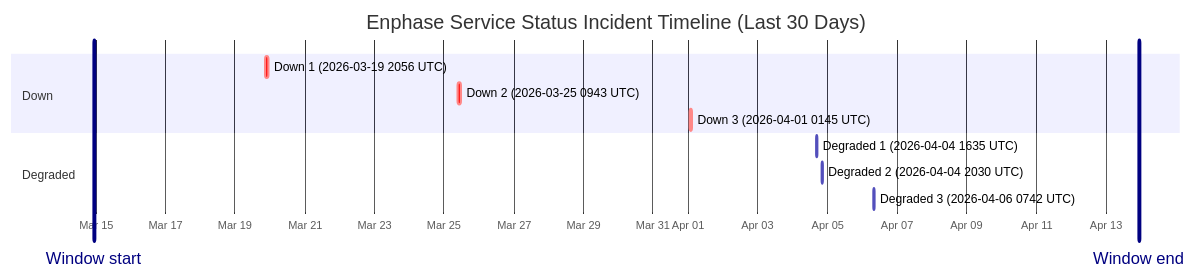
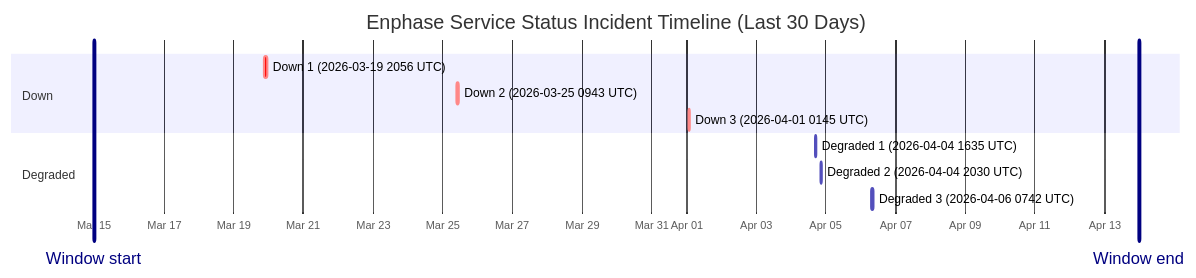
The diagram in wiki/Service-Status-History.md (barneyonline/ha-enphase-ev-charger), drawn with Mermaid before and after one commit. The commit also changed other lines of this file and 3 other files, not shown here.

````diff
--- a/wiki/Service-Status-History.md
+++ b/wiki/Service-Status-History.md
@@ -14,16 +14,16 @@
 ```mermaid
 gantt
     title Enphase Service Status Incident Timeline (Last 30 Days)
     dateFormat  YYYY-MM-DDTHH:mm:ss
     axisFormat  %b %d
-    Window start :vert, window-start, 2026-03-14T22:42:07, 0ms
-    Window end :vert, window-end, 2026-04-13T22:42:07, 0ms
+    Window start :vert, window-start, 2026-03-14T23:41:10, 0ms
+    Window end :vert, window-end, 2026-04-13T23:41:10, 0ms
     section Down
     Down 1 (2026-03-19 2056 UTC) :crit, down-1, 2026-03-19T20:56:20, 145m
     Down 2 (2026-03-25 0943 UTC) :crit, down-2, 2026-03-25T09:43:28, 111m
     Down 3 (2026-04-01 0145 UTC) :crit, down-3, 2026-04-01T01:45:09, 60m
     section Degraded
     Degraded 1 (2026-04-04 1635 UTC) :active, degraded-1, 2026-04-04T16:35:17, 60m
     Degraded 2 (2026-04-04 2030 UTC) :active, degraded-2, 2026-04-04T20:30:40, 60m
     Degraded 3 (2026-04-06 0742 UTC) :active, degraded-3, 2026-04-06T07:42:09, 85m
 ```
````
